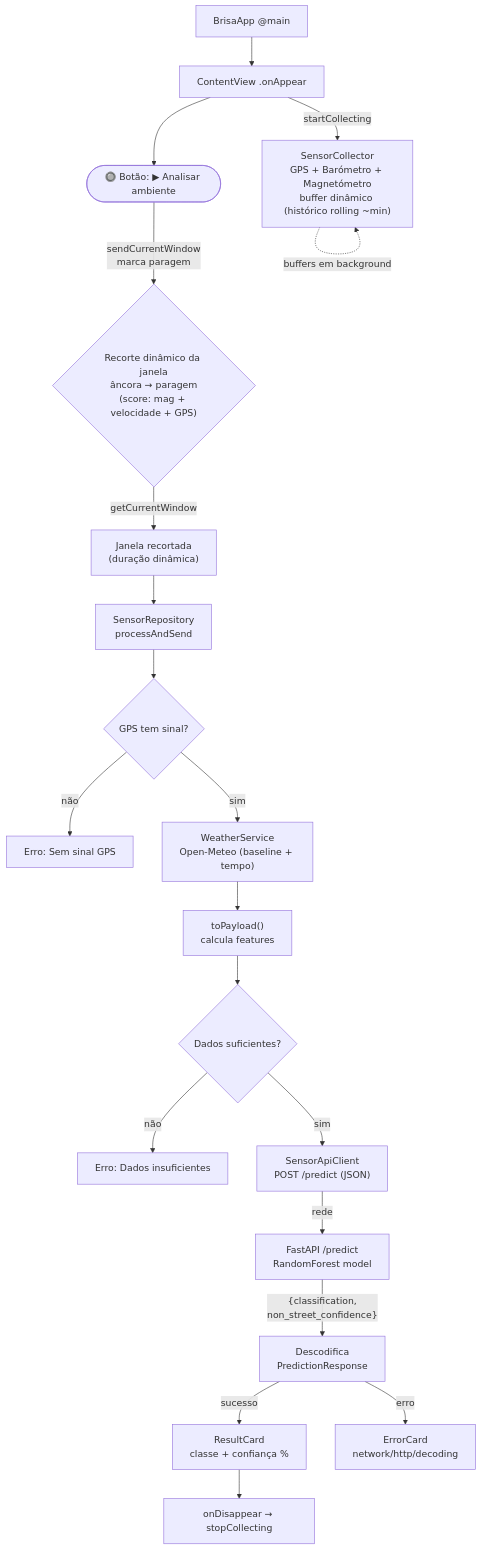
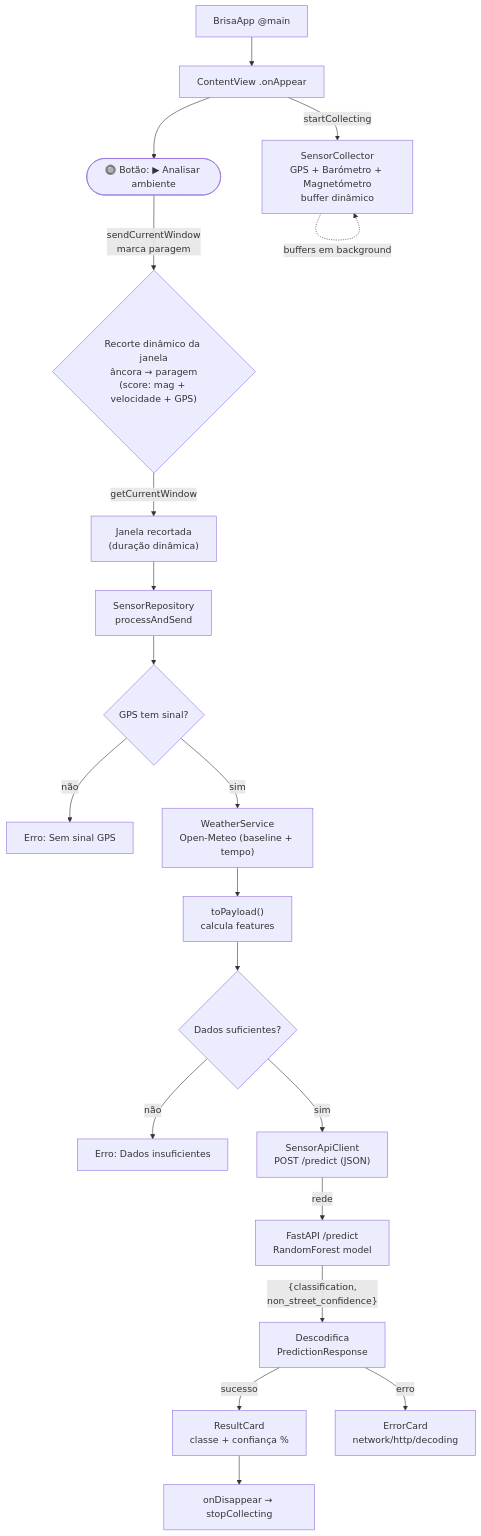
The diagram in app/IOS/FLUXO.md (jose5556/Brisa_Hackathon), drawn with Mermaid before and after one commit.

Commit message:
modified .md

````diff
--- a/app/IOS/FLUXO.md
+++ b/app/IOS/FLUXO.md
@@ -92,22 +92,22 @@
 ```mermaid
 flowchart TD
     A["BrisaApp @main"] --> B["ContentView .onAppear"]
-    B -->|startCollecting| C["SensorCollector\nGPS + Barómetro + Magnetómetro\nbuffer dinâmico (histórico rolling ~min)"]
+    B -->|startCollecting| C["SensorCollector\nGPS + Barómetro + Magnetómetro\nbuffer dinâmico"]
     C -.->|buffers em background| C
     B --> BTN(["🔘 Botão: ▶ Analisar ambiente"])
     BTN -->|sendCurrentWindow\nmarca paragem| D{"Recorte dinâmico da janela\nâncora → paragem\n(score: mag + velocidade + GPS)"}
     D -->|getCurrentWindow| E["Janela recortada\n(duração dinâmica)"]
     E --> F["SensorRepository\nprocessAndSend"]
     F --> G{"GPS tem sinal?"}
     G -->|não| ERR1["Erro: Sem sinal GPS"]
     G -->|sim| H["WeatherService\nOpen-Meteo (baseline + tempo)"]
     H --> I["toPayload()\ncalcula features"]
     I --> J{"Dados suficientes?"}
     J -->|não| ERR2["Erro: Dados insuficientes"]
     J -->|sim| K["SensorApiClient\nPOST /predict (JSON)"]
     K -->|rede| L["FastAPI /predict\nRandomForest model"]
     L -->|"{classification,\nnon_street_confidence}"| M["Descodifica\nPredictionResponse"]
     M -->|sucesso| N["ResultCard\nclasse + confiança %"]
     M -->|erro| ERR3["ErrorCard\nnetwork/http/decoding"]
     N --> O["onDisappear → stopCollecting"]
 ```
````
